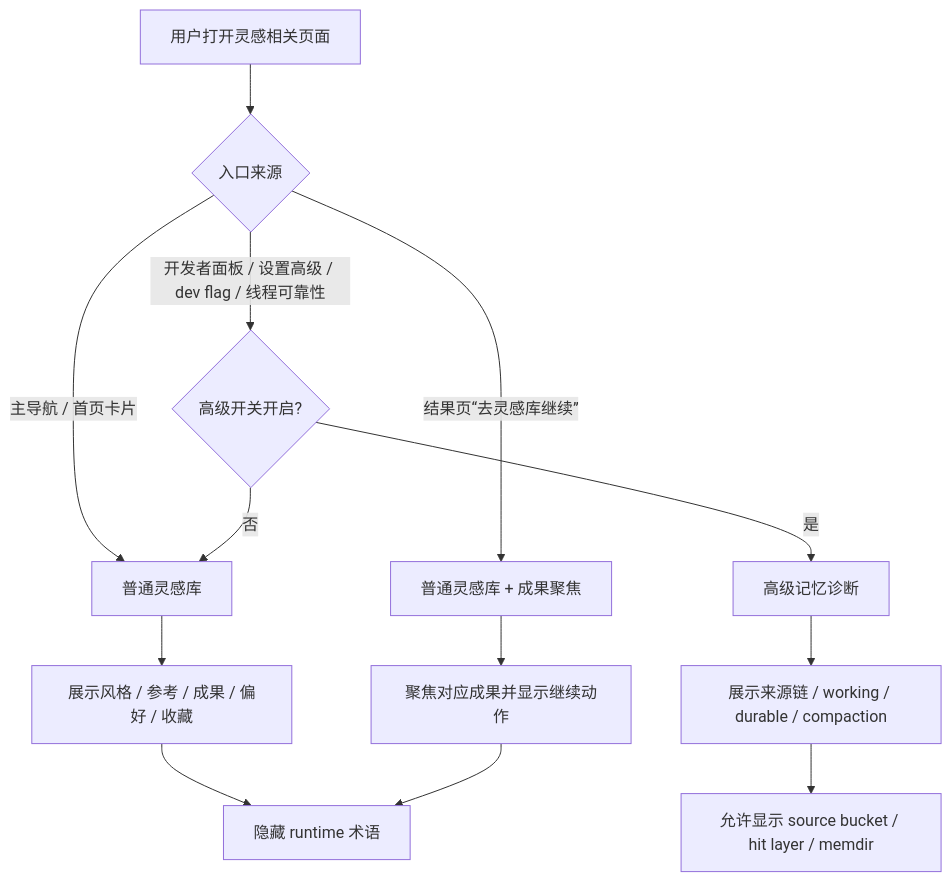
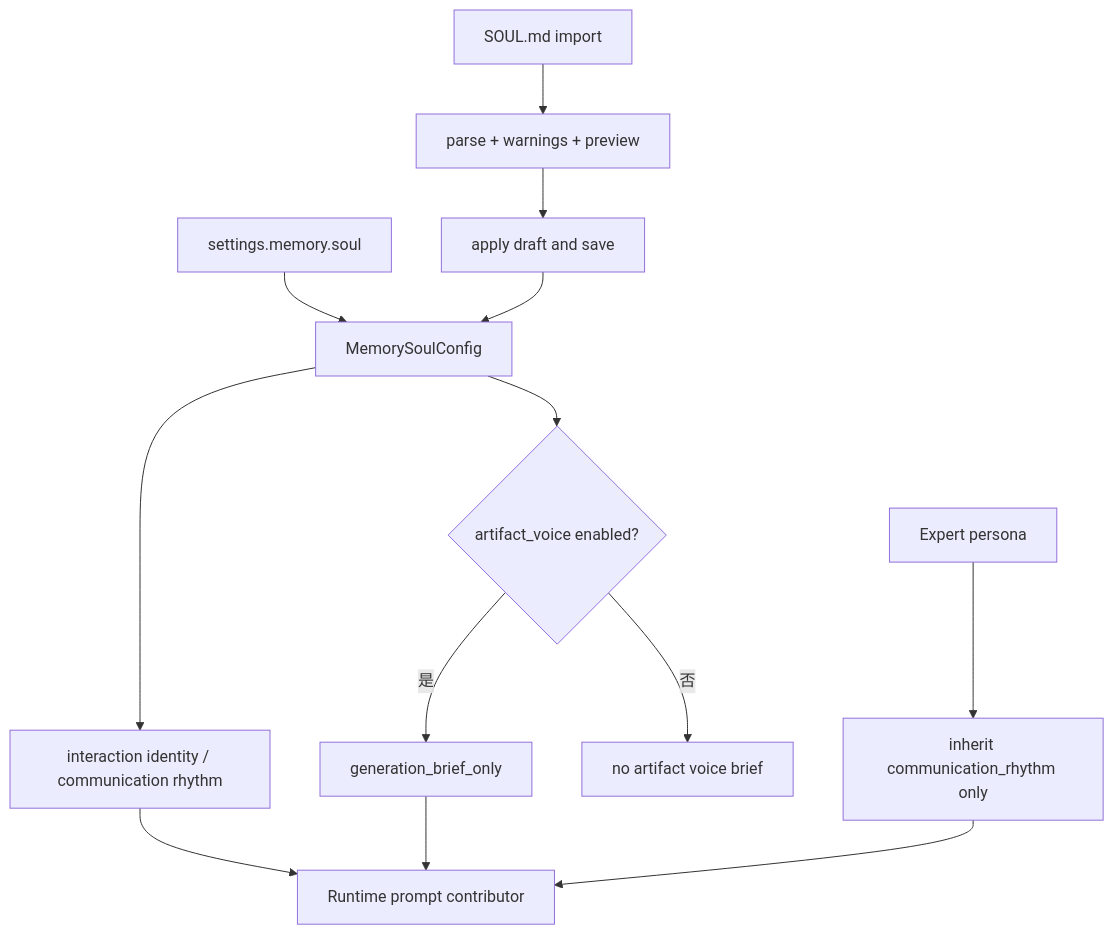
The fifth of 7 diagrams in internal/roadmap/memory/diagrams.md (jiujuan/lime), drawn with Mermaid before and after one commit. The commit also changed other lines of this file and 515 other files, not shown here.

````diff
--- a/internal/roadmap/memory/diagrams.md
+++ b/internal/roadmap/memory/diagrams.md
@@ -239,17 +152,15 @@
 ```mermaid
 flowchart TD
-  Entry[用户打开灵感相关页面] --> Mode{入口来源}
-  Mode -- 主导航 / 首页卡片 --> Normal[普通灵感库]
-  Mode -- 开发者面板 / 设置高级 / dev flag / 线程可靠性 --> Gate{高级开关开启?}
-  Mode -- 结果页“去灵感库继续” --> Focus[普通灵感库 + 成果聚焦]
-  Gate -- 是 --> Advanced[高级记忆诊断]
-  Gate -- 否 --> Normal
-
-  Normal --> ShowUserObjects[展示风格 / 参考 / 成果 / 偏好 / 收藏]
-  Focus --> ShowFocusedOutcome[聚焦对应成果并显示继续动作]
-  Advanced --> ShowRuntime[展示来源链 / working / durable / compaction]
-
-  ShowUserObjects --> HideRuntime[隐藏 runtime 术语]
-  ShowFocusedOutcome --> HideRuntime
-  ShowRuntime --> ExplainRuntime[允许显示 source bucket / hit layer / memdir]
+  Settings[settings.memory.soul] --> Config[MemorySoulConfig]
+  Import[SOUL.md import] --> Preview[parse + warnings + preview]
+  Preview --> Apply[apply draft and save]
+  Apply --> Config
+  Config --> Interaction[interaction identity / communication rhythm]
+  Config --> ArtifactVoice{artifact_voice enabled?}
+  ArtifactVoice -- 是 --> Brief[generation_brief_only]
+  ArtifactVoice -- 否 --> NoBrief[no artifact voice brief]
+  Interaction --> Runtime[Runtime prompt contributor]
+  Brief --> Runtime
+  Expert[Expert persona] --> Scope[inherit communication_rhythm only]
+  Scope --> Runtime
 ```
````
